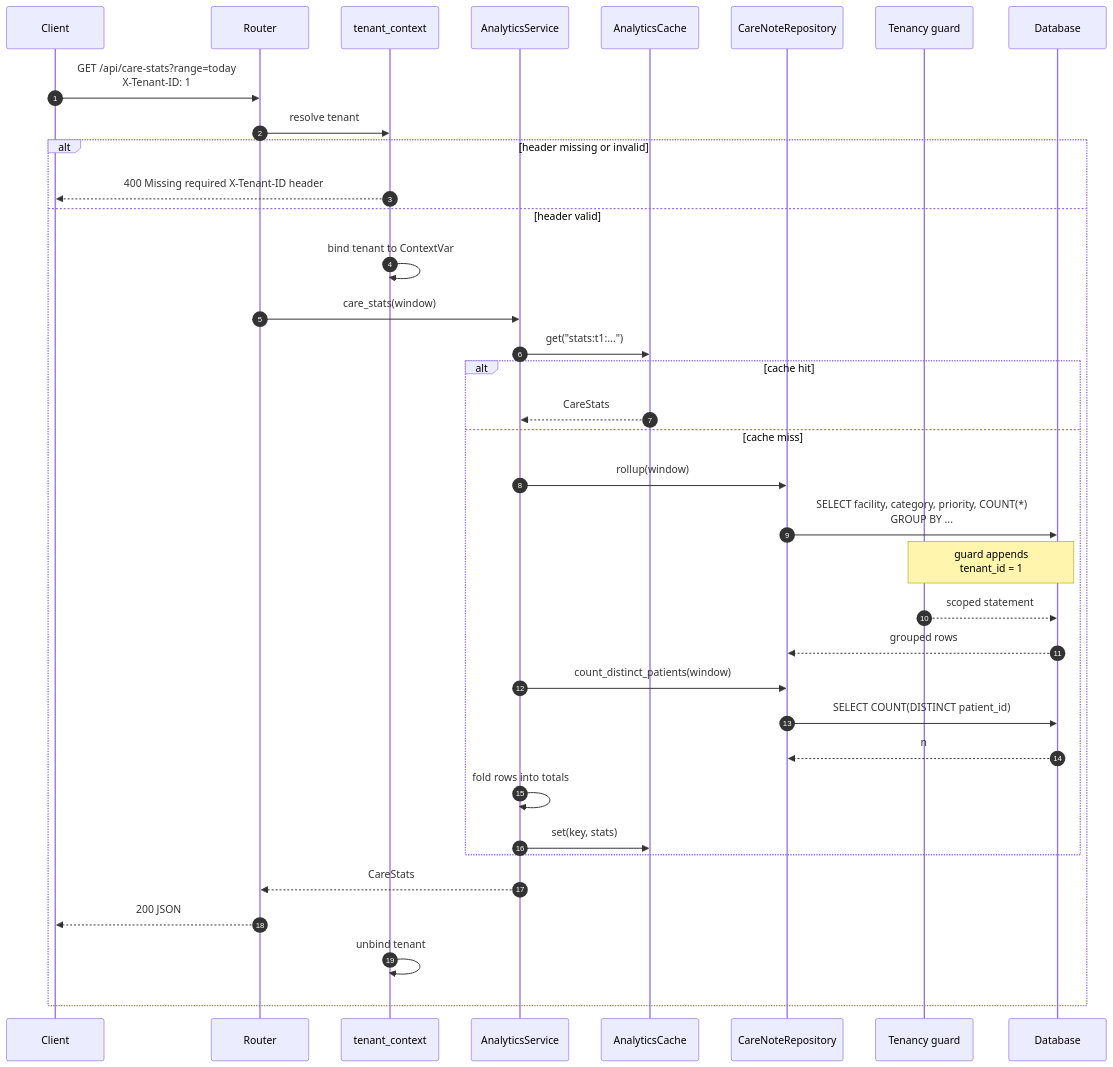
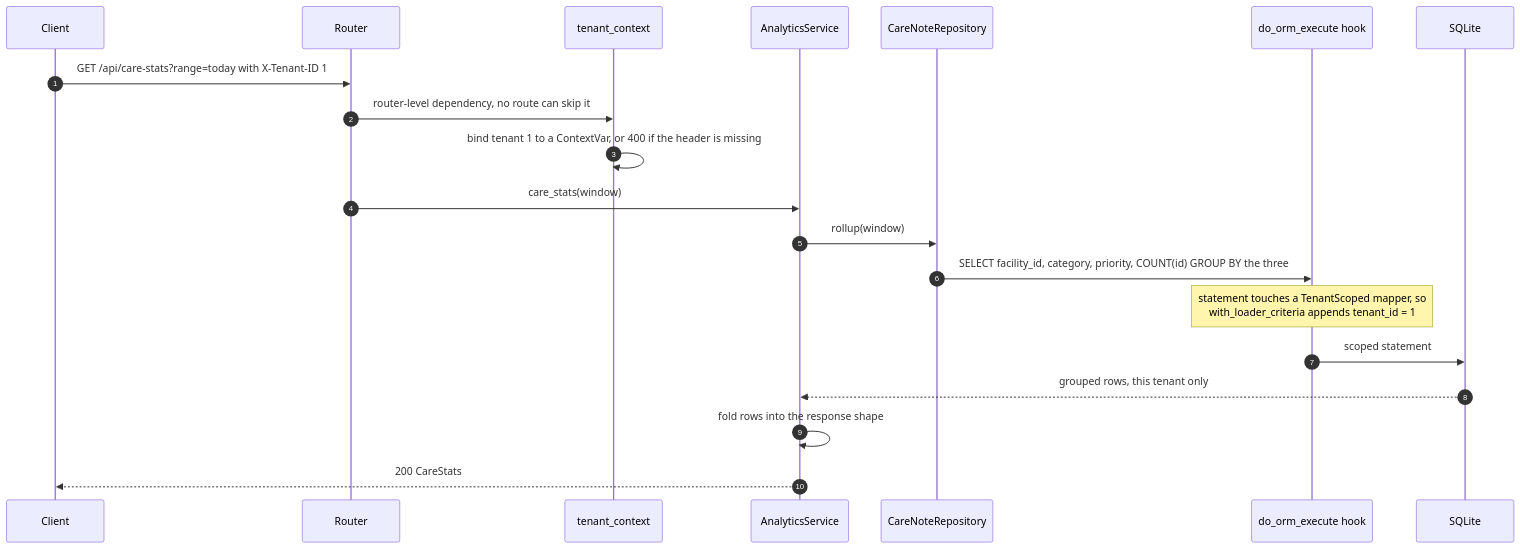
One commit to dev-sas002/clinical-notes-service changed the diagram in README.md. Above: the diagram before and after it, drawn with Mermaid. The commit also changed other lines of this file, not shown here.

````diff
--- a/README.md
+++ b/README.md
@@ -191,39 +19,23 @@
 ```mermaid
 sequenceDiagram
     autonumber
     participant C as Client
     participant R as Router
-    participant D as tenant_context
+    participant T as tenant_context
     participant S as AnalyticsService
-    participant K as AnalyticsCache
     participant Repo as CareNoteRepository
-    participant G as Tenancy guard
-    participant DB as Database
+    participant H as do_orm_execute hook
+    participant DB as SQLite
 
-    C->>R: GET /api/care-stats?range=today<br/>X-Tenant-ID: 1
-    R->>D: resolve tenant
-    alt header missing or invalid
-        D-->>C: 400 Missing required X-Tenant-ID header
-    else header valid
-        D->>D: bind tenant to ContextVar
-        R->>S: care_stats(window)
-        S->>K: get("stats:t1:...")
-        alt cache hit
-            K-->>S: CareStats
-        else cache miss
-            S->>Repo: rollup(window)
-            Repo->>DB: SELECT facility, category, priority, COUNT(*)<br/>GROUP BY ...
-            Note over G,DB: guard appends<br/>tenant_id = 1
-            G-->>DB: scoped statement
-            DB-->>Repo: grouped rows
-            S->>Repo: count_distinct_patients(window)
-            Repo->>DB: SELECT COUNT(DISTINCT patient_id)
-            DB-->>Repo: n
-            S->>S: fold rows into totals
-            S->>K: set(key, stats)
-        end
-        S-->>R: CareStats
-        R-->>C: 200 JSON
-        D->>D: unbind tenant
-    end
+    C->>R: GET /api/care-stats?range=today with X-Tenant-ID 1
+    R->>T: router-level dependency, no route can skip it
+    T->>T: bind tenant 1 to a ContextVar, or 400 if the header is missing
+    R->>S: care_stats(window)
+    S->>Repo: rollup(window)
+    Repo->>H: SELECT facility_id, category, priority, COUNT(id) GROUP BY the three
+    Note over H: statement touches a TenantScoped mapper, so<br/>with_loader_criteria appends tenant_id = 1
+    H->>DB: scoped statement
+    DB-->>S: grouped rows, this tenant only
+    S->>S: fold rows into the response shape
+    S-->>C: 200 CareStats
 ```
````
